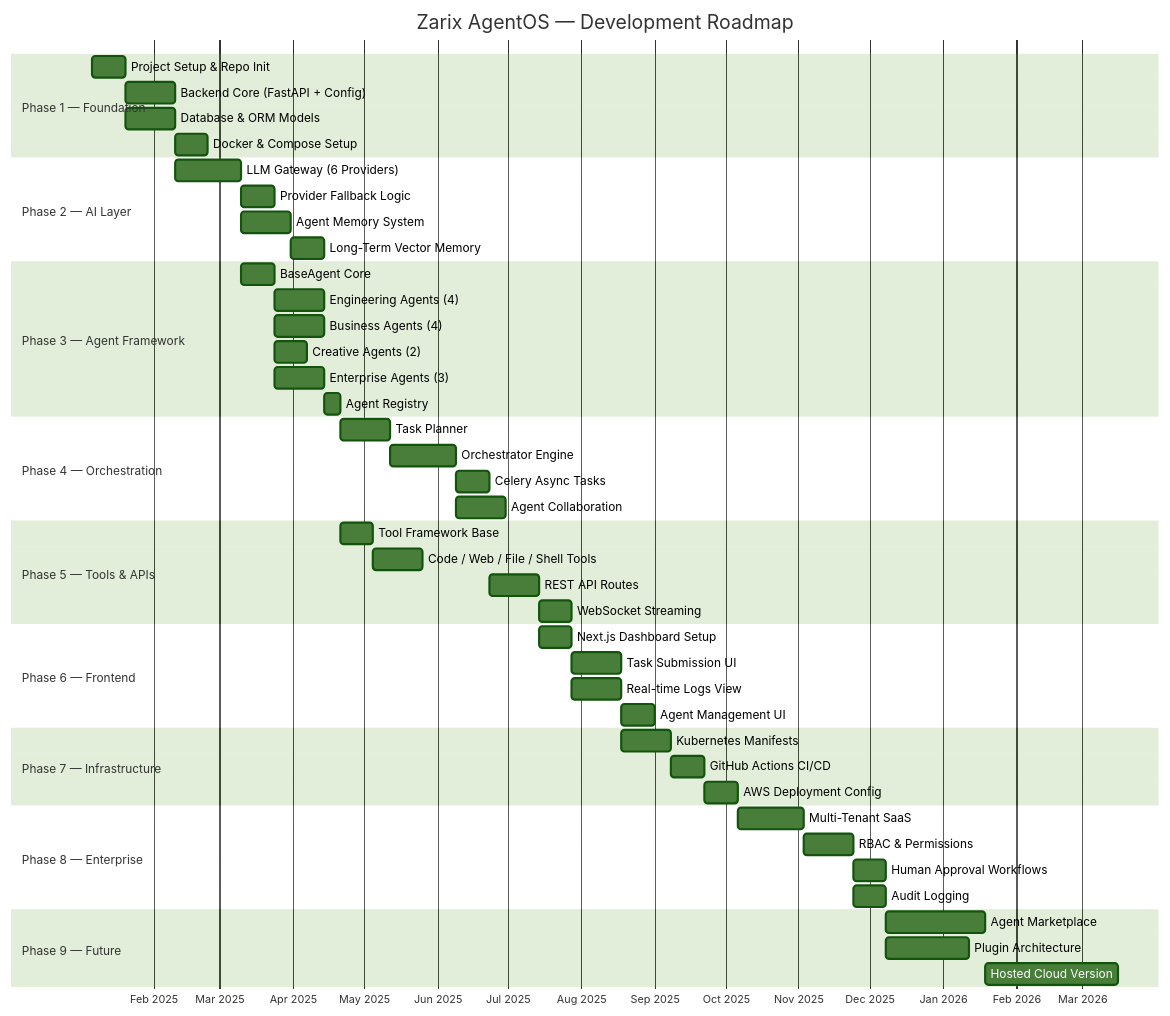
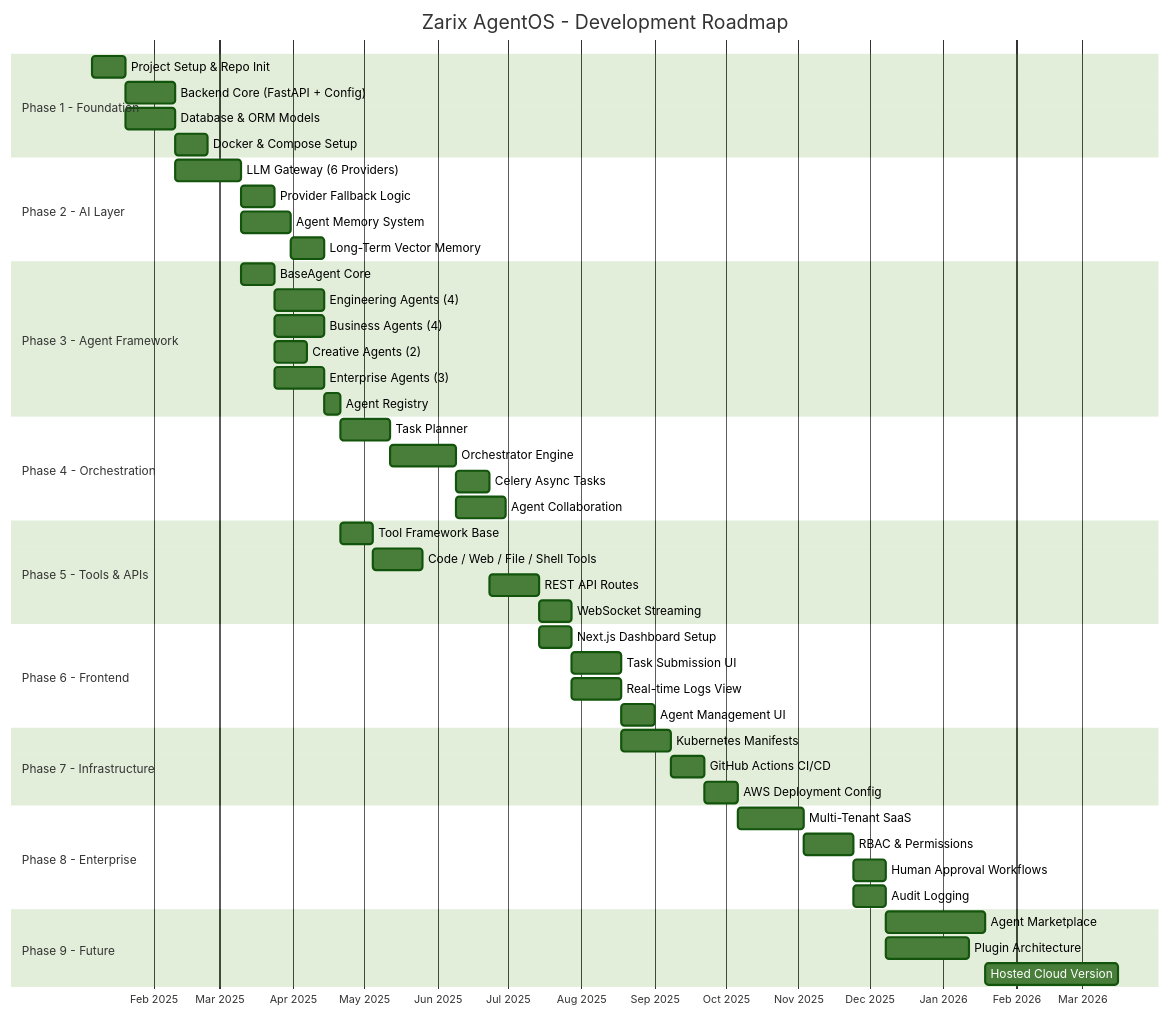
The first of 2 diagrams in docs/gantt-chart.md (zainsardar-tech/zarix-agentos), drawn with Mermaid (forest theme) before and after one commit. The commit also changed other lines of this file and 9 other files, not shown here.

Commit message:
fix diagram alignment and formatting

````diff
--- a/docs/gantt-chart.md
+++ b/docs/gantt-chart.md
@@ -19,60 +19,60 @@
 ```mermaid
 gantt
-    title Zarix AgentOS — Development Roadmap
-    dateFormat  YYYY-MM-DD
-    axisFormat  %b %Y
+  title Zarix AgentOS - Development Roadmap
+  dateFormat  YYYY-MM-DD
+  axisFormat  %b %Y
 
-    section Phase 1 — Foundation
-    Project Setup & Repo Init        :p1a, 2025-01-06, 14d
-    Backend Core (FastAPI + Config)  :p1b, after p1a, 21d
-    Database & ORM Models             :p1c, after p1a, 21d
-    Docker & Compose Setup           :p1d, after p1b, 14d
+  section Phase 1 - Foundation
+  Project Setup & Repo Init  :p1a, 2025-01-06, 14d
+  Backend Core (FastAPI + Config)  :p1b, after p1a, 21d
+  Database & ORM Models  :p1c, after p1a, 21d
+  Docker & Compose Setup  :p1d, after p1b, 14d
 
-    section Phase 2 — AI Layer
-    LLM Gateway (6 Providers)        :p2a, after p1b, 28d
-    Provider Fallback Logic          :p2b, after p2a, 14d
-    Agent Memory System              :p2c, after p2a, 21d
-    Long-Term Vector Memory          :p2d, after p2c, 14d
+  section Phase 2 - AI Layer
+  LLM Gateway (6 Providers)  :p2a, after p1b, 28d
+  Provider Fallback Logic  :p2b, after p2a, 14d
+  Agent Memory System  :p2c, after p2a, 21d
+  Long-Term Vector Memory  :p2d, after p2c, 14d
 
-    section Phase 3 — Agent Framework
-    BaseAgent Core                   :p3a, after p2a, 14d
-    Engineering Agents (4)           :p3b, after p3a, 21d
-    Business Agents (4)              :p3c, after p3a, 21d
-    Creative Agents (2)              :p3d, after p3a, 14d
-    Enterprise Agents (3)            :p3e, after p3a, 21d
-    Agent Registry                   :p3f, after p3b, 7d
+  section Phase 3 - Agent Framework
+  BaseAgent Core  :p3a, after p2a, 14d
+  Engineering Agents (4)  :p3b, after p3a, 21d
+  Business Agents (4)  :p3c, after p3a, 21d
+  Creative Agents (2)  :p3d, after p3a, 14d
+  Enterprise Agents (3)  :p3e, after p3a, 21d
+  Agent Registry  :p3f, after p3b, 7d
 
-    section Phase 4 — Orchestration
-    Task Planner                     :p4a, after p3f, 21d
-    Orchestrator Engine              :p4b, after p4a, 28d
-    Celery Async Tasks               :p4c, after p4b, 14d
-    Agent Collaboration              :p4d, after p4b, 21d
+  section Phase 4 - Orchestration
+  Task Planner  :p4a, after p3f, 21d
+  Orchestrator Engine  :p4b, after p4a, 28d
+  Celery Async Tasks  :p4c, after p4b, 14d
+  Agent Collaboration  :p4d, after p4b, 21d
 
-    section Phase 5 — Tools & APIs
-    Tool Framework Base              :p5a, after p3f, 14d
-    Code / Web / File / Shell Tools  :p5b, after p5a, 21d
-    REST API Routes                  :p5c, after p4c, 21d
-    WebSocket Streaming              :p5d, after p5c, 14d
+  section Phase 5 - Tools & APIs
+  Tool Framework Base  :p5a, after p3f, 14d
+  Code / Web / File / Shell Tools  :p5b, after p5a, 21d
+  REST API Routes  :p5c, after p4c, 21d
+  WebSocket Streaming  :p5d, after p5c, 14d
 
-    section Phase 6 — Frontend
-    Next.js Dashboard Setup          :p6a, after p5c, 14d
-    Task Submission UI               :p6b, after p6a, 21d
-    Real-time Logs View              :p6c, after p5d, 21d
-    Agent Management UI              :p6d, after p6b, 14d
+  section Phase 6 - Frontend
+  Next.js Dashboard Setup  :p6a, after p5c, 14d
+  Task Submission UI  :p6b, after p6a, 21d
+  Real-time Logs View  :p6c, after p5d, 21d
+  Agent Management UI  :p6d, after p6b, 14d
 
-    section Phase 7 — Infrastructure
-    Kubernetes Manifests             :p7a, after p6c, 21d
-    GitHub Actions CI/CD             :p7b, after p7a, 14d
-    AWS Deployment Config            :p7c, after p7b, 14d
+  section Phase 7 - Infrastructure
+  Kubernetes Manifests  :p7a, after p6c, 21d
+  GitHub Actions CI/CD  :p7b, after p7a, 14d
+  AWS Deployment Config  :p7c, after p7b, 14d
 
-    section Phase 8 — Enterprise
-    Multi-Tenant SaaS                :p8a, after p7c, 28d
-    RBAC & Permissions               :p8b, after p8a, 21d
-    Human Approval Workflows         :p8c, after p8b, 14d
-    Audit Logging                    :p8d, after p8b, 14d
+  section Phase 8 - Enterprise
+  Multi-Tenant SaaS  :p8a, after p7c, 28d
+  RBAC & Permissions  :p8b, after p8a, 21d
+  Human Approval Workflows  :p8c, after p8b, 14d
+  Audit Logging  :p8d, after p8b, 14d
 
-    section Phase 9 — Future
-    Agent Marketplace                :p9a, after p8d, 42d
-    Plugin Architecture              :p9b, after p8d, 35d
-    Hosted Cloud Version             :p9c, after p9a, 56d
+  section Phase 9 - Future
+  Agent Marketplace  :p9a, after p8d, 42d
+  Plugin Architecture  :p9b, after p8d, 35d
+  Hosted Cloud Version  :p9c, after p9a, 56d
 ```
````
